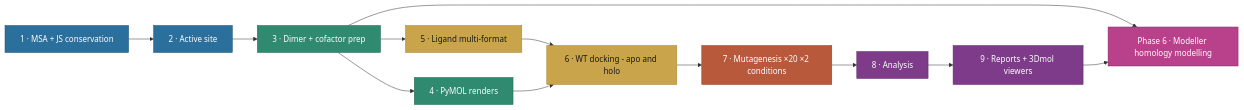
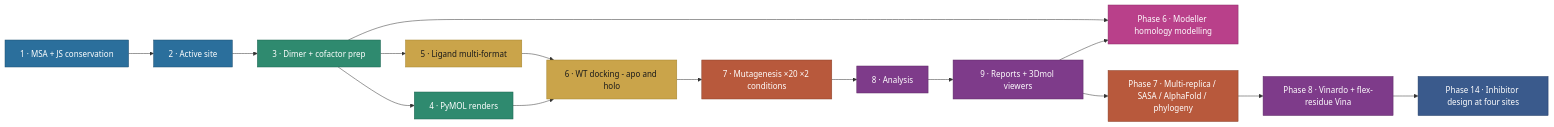
One commit to ArioMoniri/aminak changed the diagram in README.md. Above: the diagram before and after it, drawn with Mermaid. The commit also changed other lines of this file, not shown here.

First line of the commit message:
Main README: integrate Phase 14 as teaching-guide section (14a–14g)

````diff
--- a/README.md
+++ b/README.md
@@ -37,23 +39,28 @@
 ```mermaid
 flowchart LR
     classDef d fill:#2b6f9c,stroke:#1f4f70,color:#fff
     classDef p fill:#2f8a6f,stroke:#1f6452,color:#fff
     classDef k fill:#caa44a,stroke:#a4842c,color:#1a1a1a
     classDef m fill:#b8593c,stroke:#8a4128,color:#fff
     classDef r fill:#7e3b8a,stroke:#5d2864,color:#fff
     classDef h fill:#b9408a,stroke:#8a2b66,color:#fff
+    classDef i fill:#3a5a8c,stroke:#1f3a64,color:#fff
     S1[1 · MSA + JS conservation]:::d
     S2[2 · Active site]:::d
     S3[3 · Dimer + cofactor prep]:::p
     S4[4 · PyMOL renders]:::p
     S5[5 · Ligand multi-format]:::k
     S6[6 · WT docking - apo and holo]:::k
     S7[7 · Mutagenesis ×20 ×2 conditions]:::m
     S8[8 · Analysis]:::r
     S9[9 · Reports + 3Dmol viewers]:::r
     P6[Phase 6 · Modeller homology modelling]:::h
+    P7[Phase 7 · Multi-replica / SASA / AlphaFold / phylogeny]:::m
+    P8[Phase 8 · Vinardo + flex-residue Vina]:::r
+    P14[Phase 14 · Inhibitor design at four sites]:::i
     S1 --> S2 --> S3 --> S5 --> S6 --> S7 --> S8 --> S9
     S3 --> S4 --> S6
     S3 --> P6
     S9 --> P6
+    S9 --> P7 --> P8 --> P14
 ```
````
